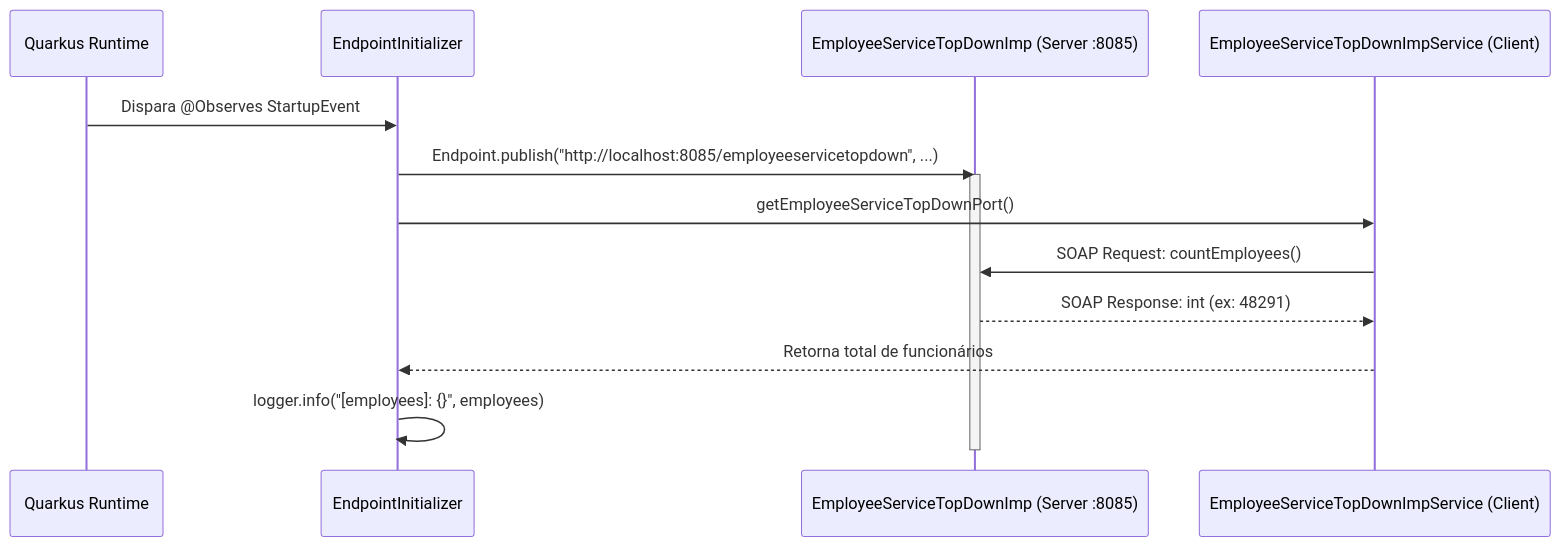
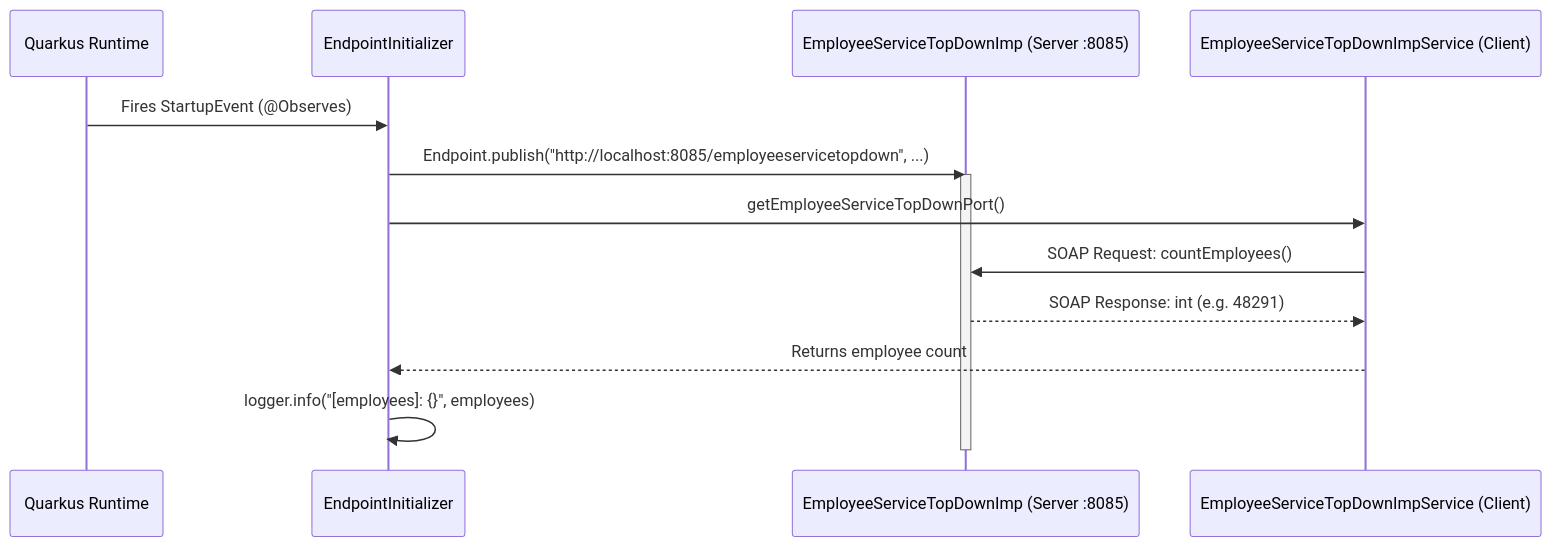
The seventh of 7 diagrams in README.MD (AlessandroMartini/quarkus-12factor-service-template), drawn with Mermaid before and after one commit. The commit also changed other lines of this file, not shown here.

Commit message:
docs: translate README to English and fix GitHub Mermaid syntax

````diff
--- a/README.MD
+++ b/README.MD
@@ -461,17 +467,17 @@
 ```mermaid
 sequenceDiagram
     participant Q as Quarkus Runtime
     participant EI as EndpointInitializer
     participant Srv as EmployeeServiceTopDownImp (Server :8085)
     participant Cli as EmployeeServiceTopDownImpService (Client)
 
-    Q->>EI: Dispara @Observes StartupEvent
+    Q->>EI: Fires StartupEvent (@Observes)
     EI->>Srv: Endpoint.publish("http://localhost:8085/employeeservicetopdown", ...)
     activate Srv
     EI->>Cli: getEmployeeServiceTopDownPort()
     Cli->>Srv: SOAP Request: countEmployees()
-    Srv-->>Cli: SOAP Response: int (ex: 48291)
-    Cli-->>EI: Retorna total de funcionários
+    Srv-->>Cli: SOAP Response: int (e.g. 48291)
+    Cli-->>EI: Returns employee count
     EI->>EI: logger.info("[employees]: {}", employees)
     deactivate Srv
 ```
````
